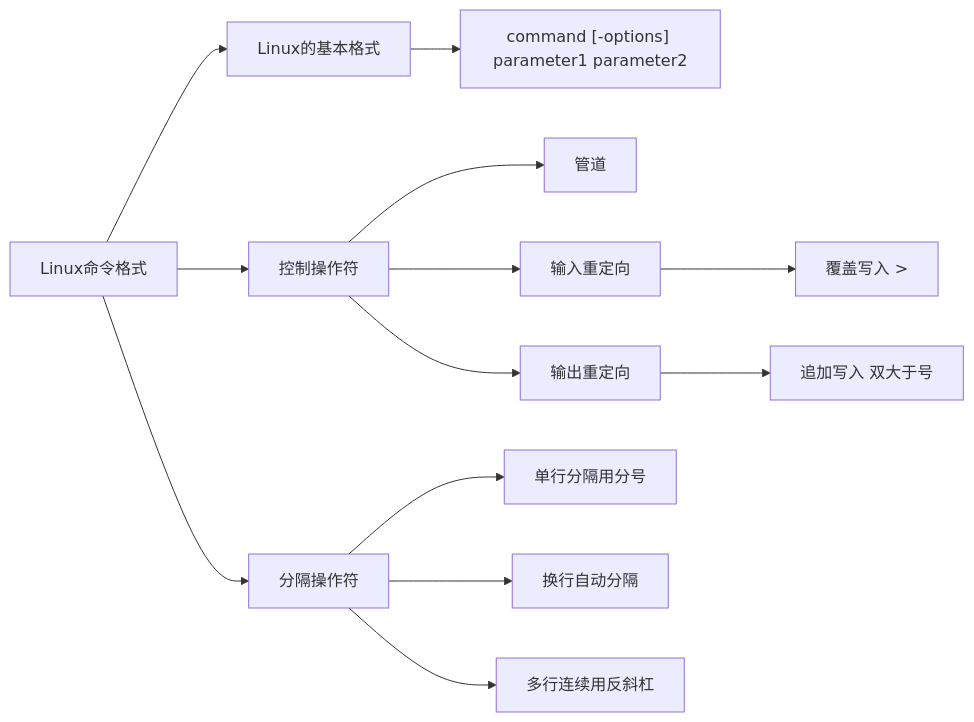
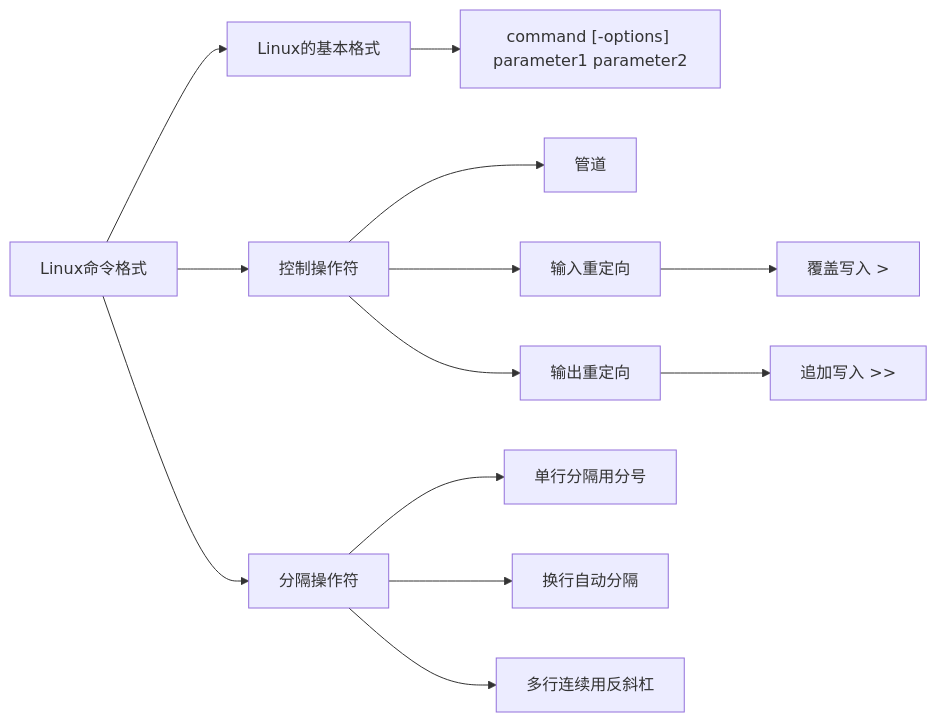
One commit to 78590-web/tech-blog changed the third of 3 diagrams in docs/linux/shell-01-intro.md. Above: the diagram before and after it, drawn with Mermaid. The commit also changed other lines of this file, not shown here.

````diff
--- a/docs/linux/shell-01-intro.md
+++ b/docs/linux/shell-01-intro.md
@@ -172,15 +177,15 @@
 ```mermaid
 flowchart LR
 A_1[Linux命令格式] --> B_1[Linux的基本格式]
 B_1[Linux的基本格式] --> C_1["command [-options] parameter1 parameter2"]
 A_1[Linux命令格式] --> B_2[控制操作符]
 B_2[控制操作符] --> C_2[管道]
 B_2[控制操作符] --> C_3[输入重定向]
 C_3[输入重定向] --> D_1["覆盖写入 >"]
 B_2[控制操作符] --> C_4[输出重定向]
-C_4[输出重定向] --> D_2["追加写入 双大于号"]
+C_4[输出重定向] --> D_2["追加写入 >>"]
 A_1[Linux命令格式] --> B_3[分隔操作符]
 B_3[分隔操作符] --> C_5["单行分隔用分号"]
 B_3[分隔操作符] --> C_6[换行自动分隔]
 B_3[分隔操作符] --> C_7["多行连续用反斜杠"]
 ```
````
